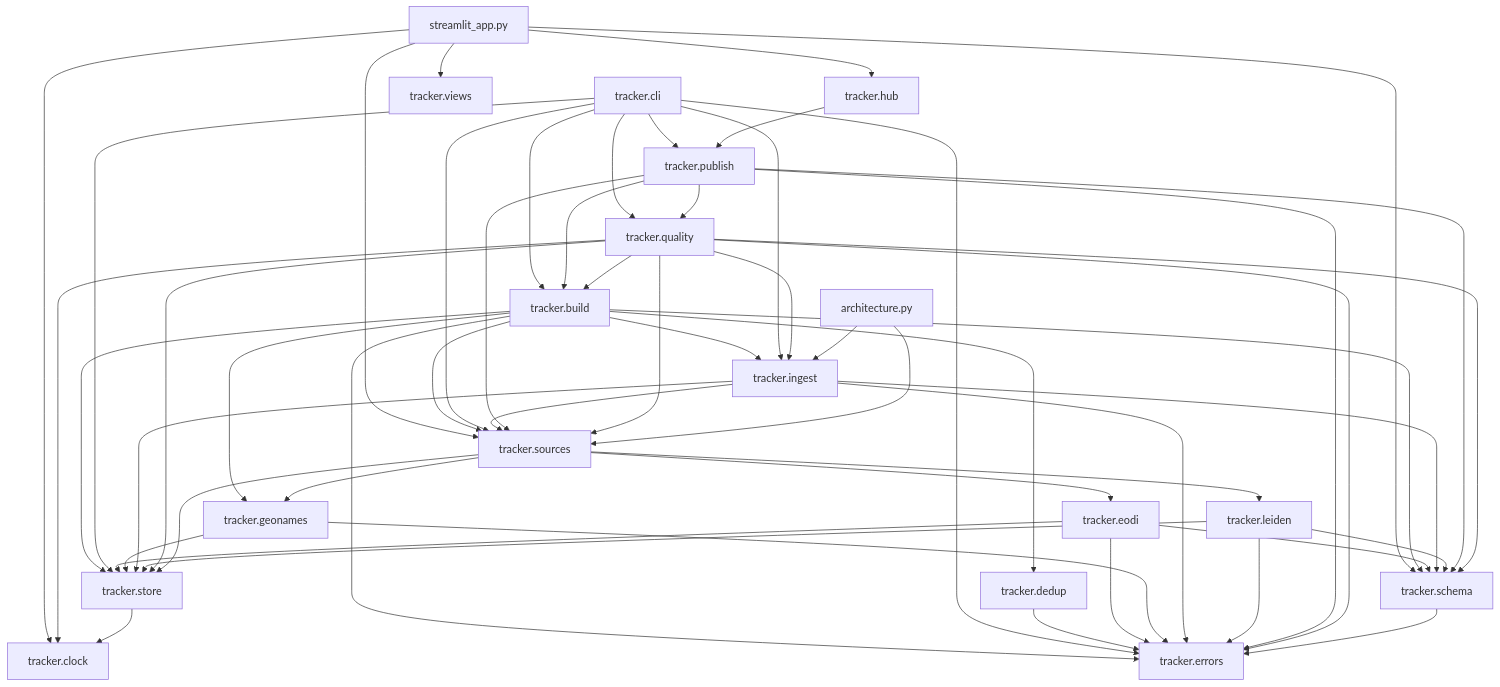
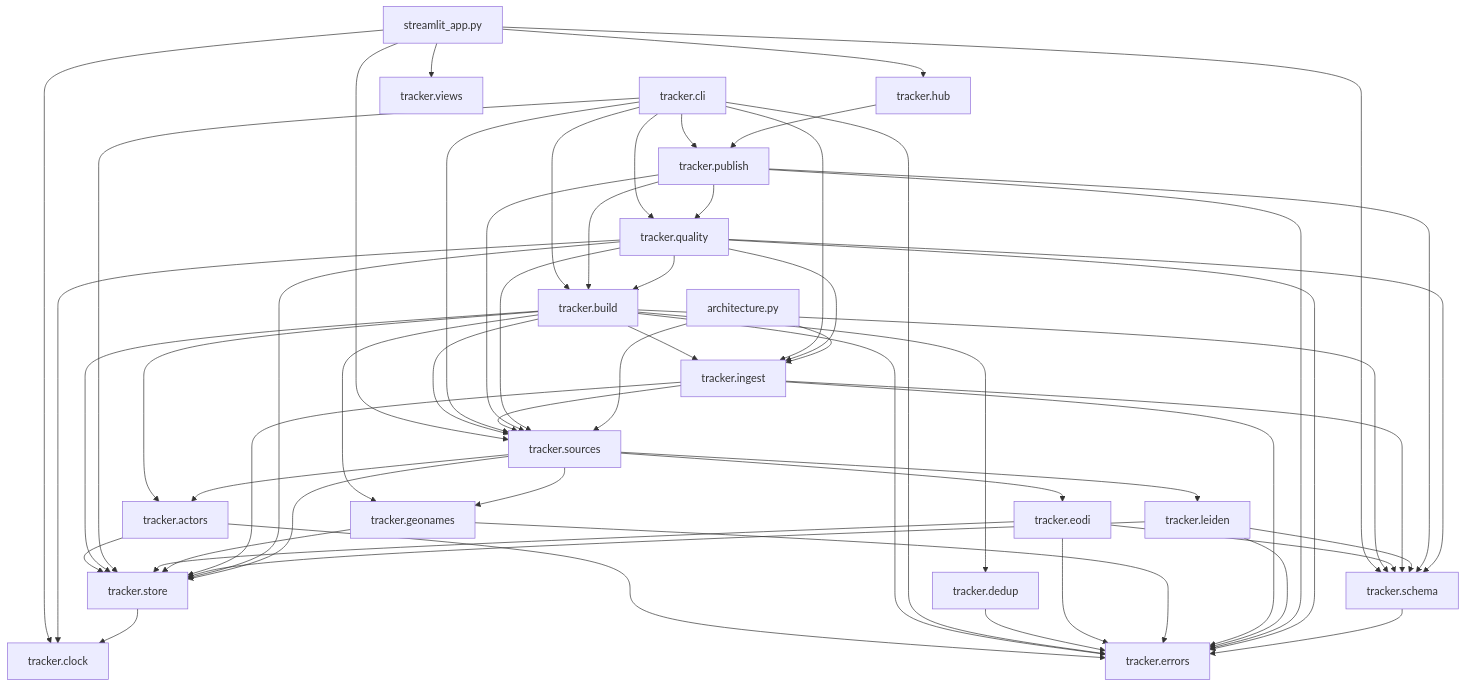
The third of 3 diagrams in docs/architecture.md (tryph0n/hybrid-tracker), drawn with Mermaid before and after one commit. The commit also changed other lines of this file and 15 other files, not shown here.

````diff
--- a/docs/architecture.md
+++ b/docs/architecture.md
@@ -151,74 +151,79 @@
 ```mermaid
 flowchart TB
   module_streamlit_app_py["streamlit_app.py"]
+  module_tracker_actors["tracker.actors"]
   module_tracker_build["tracker.build"]
   module_tracker_cli["tracker.cli"]
   module_tracker_clock["tracker.clock"]
   module_tracker_dedup["tracker.dedup"]
   module_tracker_eodi["tracker.eodi"]
   module_tracker_errors["tracker.errors"]
   module_tracker_geonames["tracker.geonames"]
   module_tracker_hub["tracker.hub"]
   module_tracker_ingest["tracker.ingest"]
   module_tracker_leiden["tracker.leiden"]
   module_tracker_publish["tracker.publish"]
   module_tracker_quality["tracker.quality"]
   module_tracker_schema["tracker.schema"]
   module_tracker_sources["tracker.sources"]
   module_tracker_store["tracker.store"]
   module_tracker_views["tracker.views"]
   module_architecture_py["architecture.py"]
   module_streamlit_app_py --> module_tracker_clock
   module_streamlit_app_py --> module_tracker_hub
   module_streamlit_app_py --> module_tracker_schema
   module_streamlit_app_py --> module_tracker_sources
   module_streamlit_app_py --> module_tracker_views
+  module_tracker_actors --> module_tracker_errors
+  module_tracker_actors --> module_tracker_store
+  module_tracker_build --> module_tracker_actors
   module_tracker_build --> module_tracker_dedup
   module_tracker_build --> module_tracker_errors
   module_tracker_build --> module_tracker_geonames
   module_tracker_build --> module_tracker_ingest
   module_tracker_build --> module_tracker_schema
   module_tracker_build --> module_tracker_sources
   module_tracker_build --> module_tracker_store
   module_tracker_cli --> module_tracker_build
   module_tracker_cli --> module_tracker_errors
   module_tracker_cli --> module_tracker_ingest
   module_tracker_cli --> module_tracker_publish
   module_tracker_cli --> module_tracker_quality
   module_tracker_cli --> module_tracker_sources
   module_tracker_cli --> module_tracker_store
   module_tracker_dedup --> module_tracker_errors
   module_tracker_eodi --> module_tracker_errors
   module_tracker_eodi --> module_tracker_schema
   module_tracker_eodi --> module_tracker_store
   module_tracker_geonames --> module_tracker_errors
   module_tracker_geonames --> module_tracker_store
   module_tracker_hub --> module_tracker_publish
   module_tracker_ingest --> module_tracker_errors
   module_tracker_ingest --> module_tracker_schema
   module_tracker_ingest --> module_tracker_sources
   module_tracker_ingest --> module_tracker_store
   module_tracker_leiden --> module_tracker_errors
   module_tracker_leiden --> module_tracker_schema
   module_tracker_leiden --> module_tracker_store
   module_tracker_publish --> module_tracker_build
   module_tracker_publish --> module_tracker_errors
   module_tracker_publish --> module_tracker_quality
   module_tracker_publish --> module_tracker_schema
   module_tracker_publish --> module_tracker_sources
   module_tracker_quality --> module_tracker_build
   module_tracker_quality --> module_tracker_clock
   module_tracker_quality --> module_tracker_errors
   module_tracker_quality --> module_tracker_ingest
   module_tracker_quality --> module_tracker_schema
   module_tracker_quality --> module_tracker_sources
   module_tracker_quality --> module_tracker_store
   module_tracker_schema --> module_tracker_errors
+  module_tracker_sources --> module_tracker_actors
   module_tracker_sources --> module_tracker_eodi
   module_tracker_sources --> module_tracker_geonames
   module_tracker_sources --> module_tracker_leiden
   module_tracker_sources --> module_tracker_store
   module_tracker_store --> module_tracker_clock
   module_architecture_py --> module_tracker_ingest
   module_architecture_py --> module_tracker_sources
 ```
````
